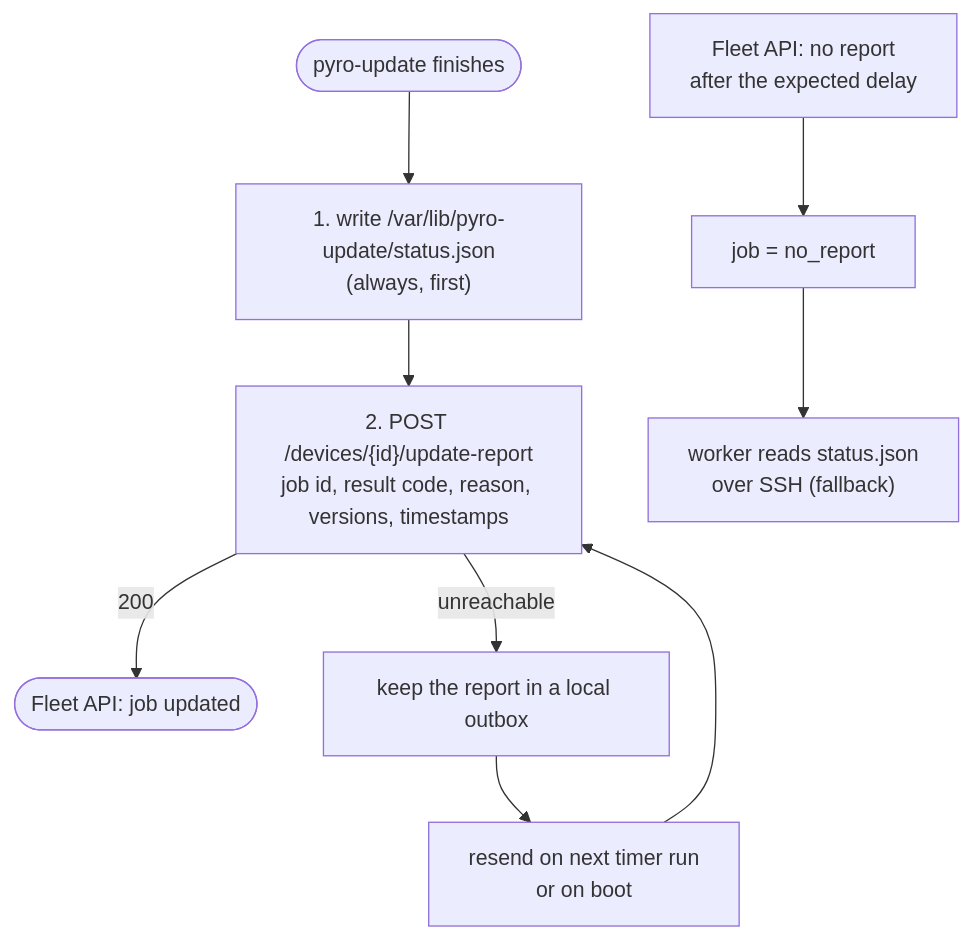
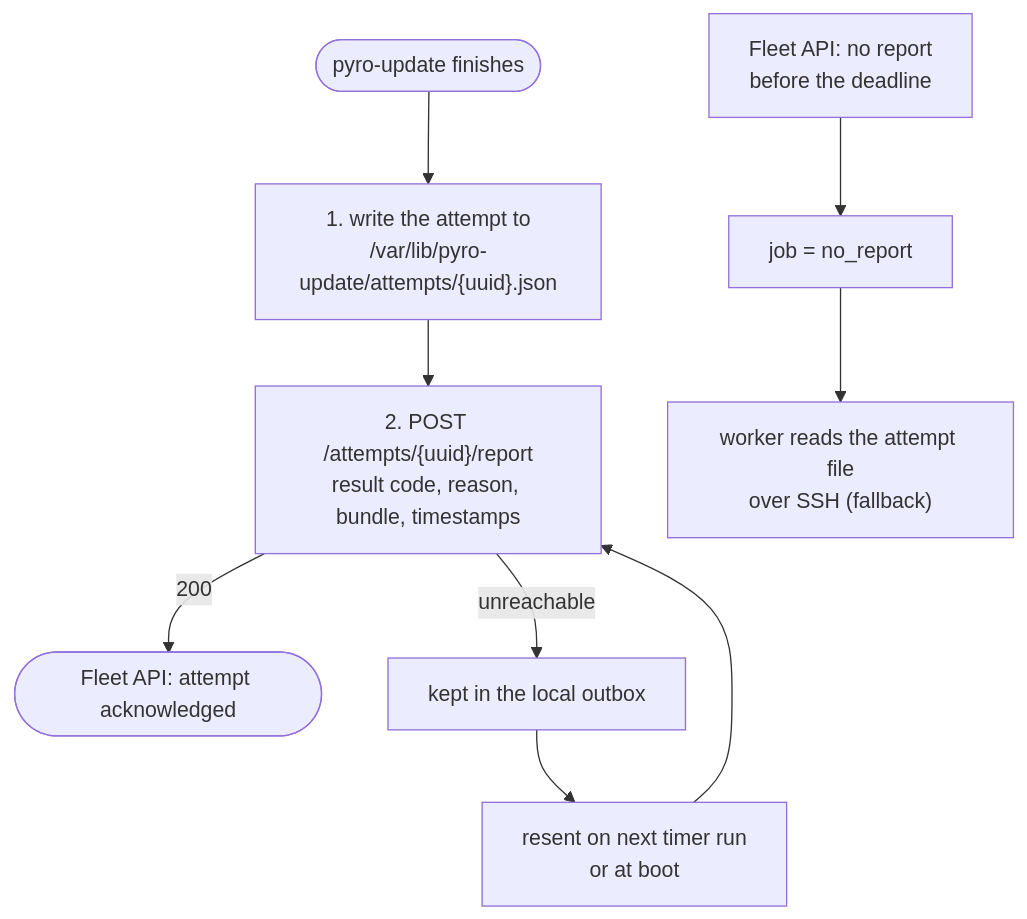
Before and after one commit to pyronear/pi-manager-template: the eighth of 13 diagrams in docs/ADR/fleet-api.md, drawn with Mermaid. The commit also changed other lines of this file, not shown here.

````diff
--- a/docs/ADR/fleet-api.md
+++ b/docs/ADR/fleet-api.md
@@ -228,11 +344,11 @@
 ```mermaid
 flowchart TD
-    END(["pyro-update finishes"]) --> FILE["1. write /var/lib/pyro-update/status.json<br/>(always, first)"]
-    FILE --> POST["2. POST /devices/{id}/update-report<br/>job id, result code, reason, versions, timestamps"]
-    POST -- "200" --> DONE(["Fleet API: job updated"])
-    POST -- "unreachable" --> OUT["keep the report in a local outbox"]
-    OUT --> RETRY["resend on next timer run<br/>or on boot"]
+    END(["pyro-update finishes"]) --> FILE["1. write the attempt to<br/>/var/lib/pyro-update/attempts/{uuid}.json"]
+    FILE --> POST["2. POST /attempts/{uuid}/report<br/>result code, reason, bundle, timestamps"]
+    POST -- "200" --> DONE(["Fleet API: attempt acknowledged"])
+    POST -- "unreachable" --> OUT["kept in the local outbox"]
+    OUT --> RETRY["resent on next timer run<br/>or at boot"]
     RETRY --> POST
-    LATE["Fleet API: no report<br/>after the expected delay"] --> NR["job = no_report"]
-    NR --> READ["worker reads status.json<br/>over SSH (fallback)"]
+    LATE["Fleet API: no report<br/>before the deadline"] --> NR["job = no_report"]
+    NR --> READ["worker reads the attempt file<br/>over SSH (fallback)"]
 ```
````
